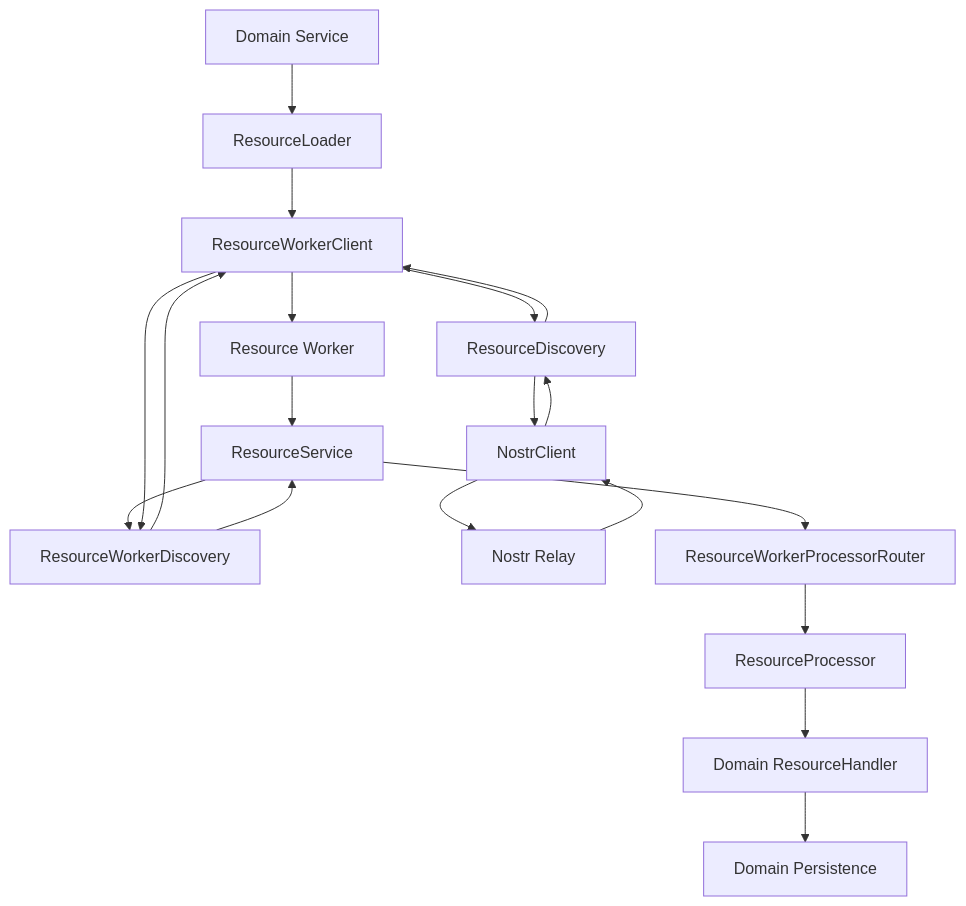
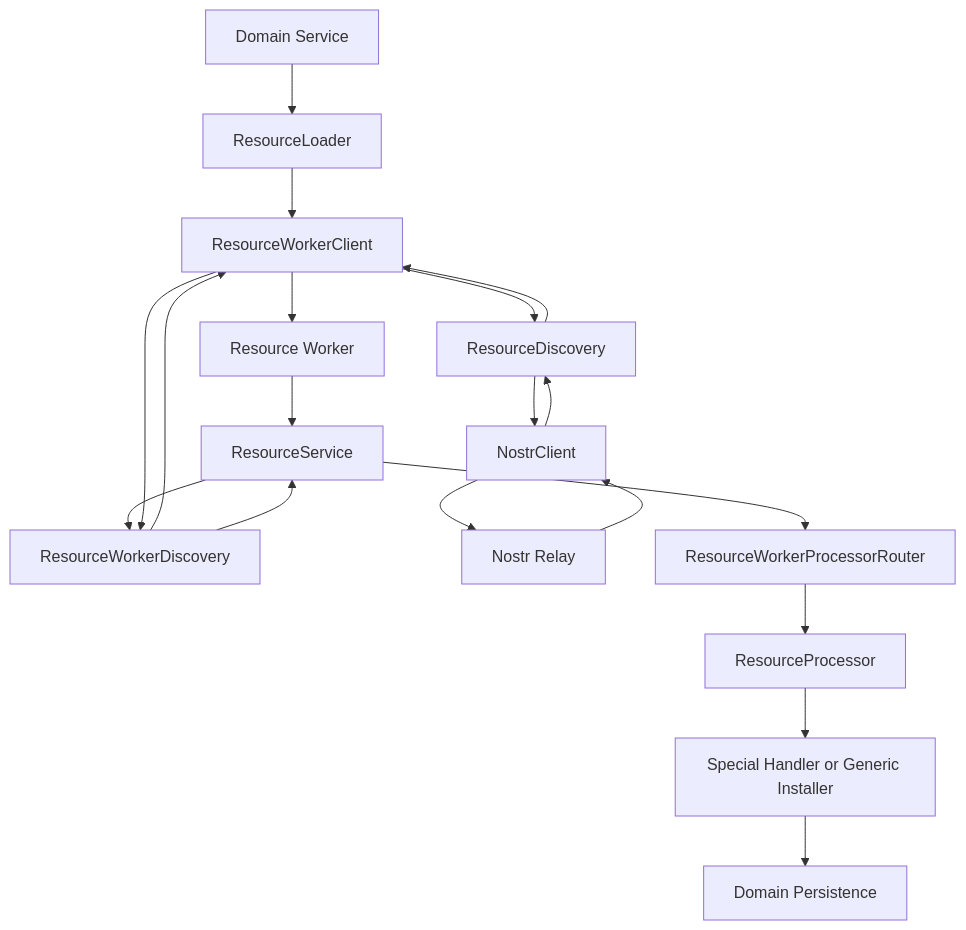
One commit to kjvonly/kjvonly.bible changed the first of 3 diagrams in docs/03_implementation/resources/001-resource-transport.md. Above: the diagram before and after it, drawn with Mermaid. The commit also changed other lines of this file and 489 other files, not shown here.

First line of the commit message:
unify generic resource lifecycle and semantic contracts

````diff
--- a/docs/03_implementation/resources/001-resource-transport.md
+++ b/docs/03_implementation/resources/001-resource-transport.md
@@ -1575,35 +1584,35 @@
 ```mermaid
 flowchart TD
     Domain[Domain Service]
     Loader[ResourceLoader]
     MainClient[ResourceWorkerClient]
     Worker[Resource Worker]
     Service[ResourceService]
     WorkerDiscovery[ResourceWorkerDiscovery]
     Discovery[ResourceDiscovery]
     Nostr[NostrClient]
     Relay[Nostr Relay]
     Router[ResourceWorkerProcessorRouter]
     Processor[ResourceProcessor]
-    Handler[Domain ResourceHandler]
+    Install[Special Handler or Generic Installer]
     Store[Domain Persistence]
 
     Domain --> Loader
     Loader --> MainClient
     MainClient --> Worker
     Worker --> Service
     Service --> WorkerDiscovery
     WorkerDiscovery --> MainClient
     MainClient --> Discovery
     Discovery --> Nostr
     Nostr --> Relay
     Relay --> Nostr
     Nostr --> Discovery
     Discovery --> MainClient
     MainClient --> WorkerDiscovery
     WorkerDiscovery --> Service
     Service --> Router
     Router --> Processor
-    Processor --> Handler
-    Handler --> Store
+    Processor --> Install
+    Install --> Store
 ```
````
